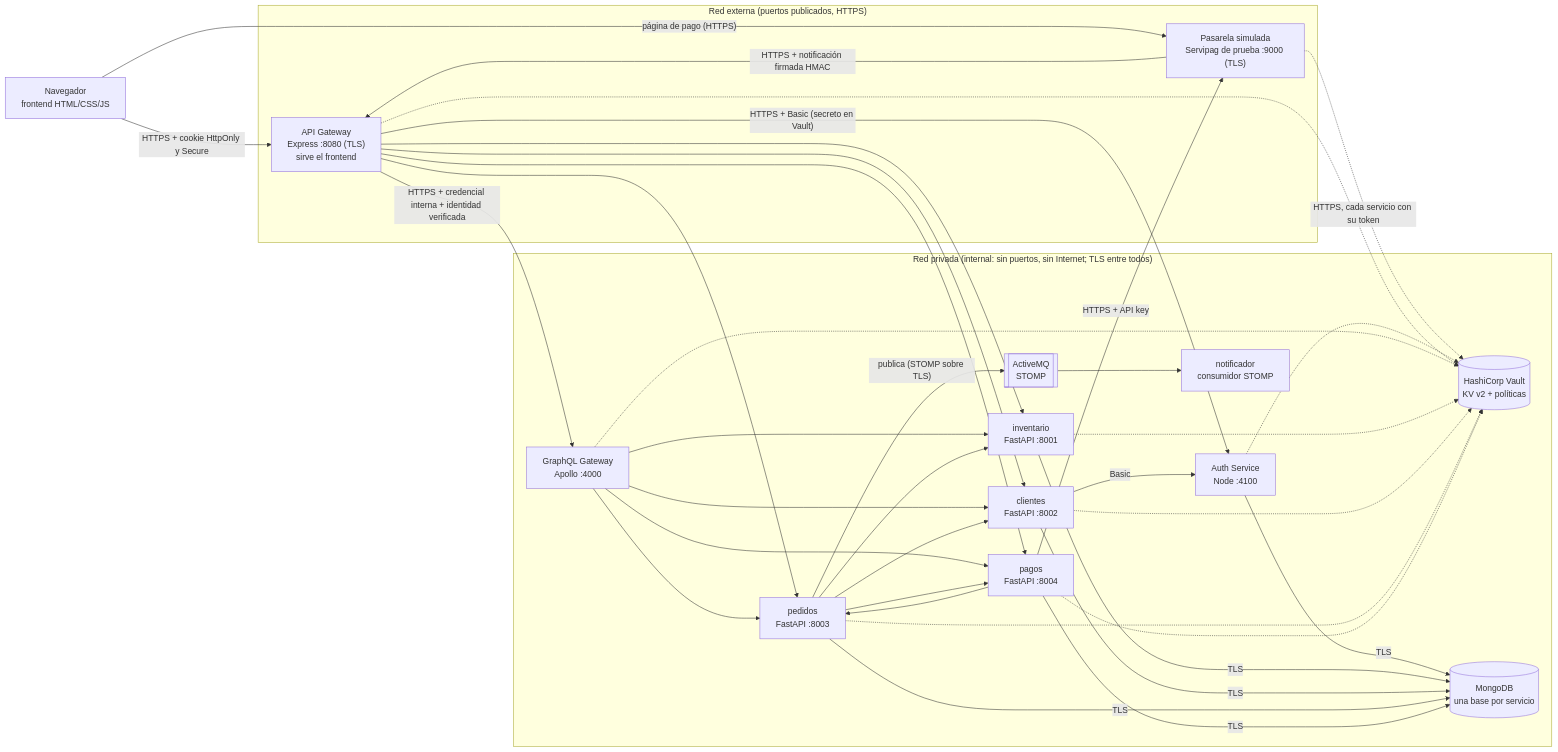
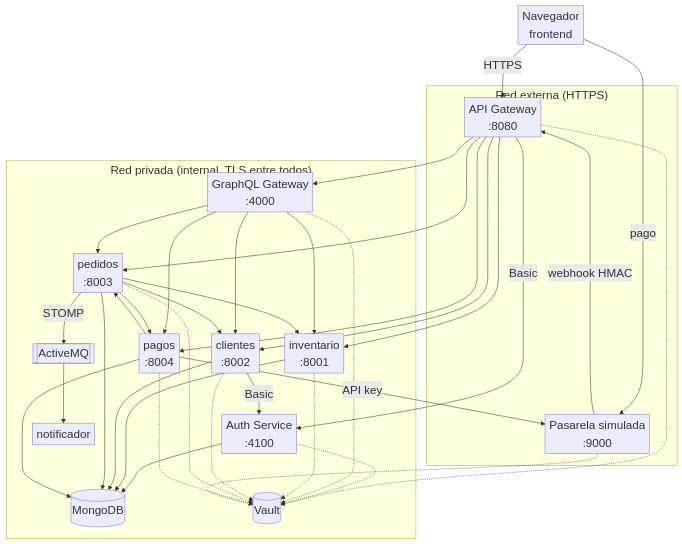
The diagram in docs/diagramas/componentes.mmd (kemunozcastillo/DesarrolloWeb_KevinMunoz), drawn with Mermaid before and after one commit. The commit also changed 7 other files, not shown here.

First line of the commit message:
Informe: anexo con un ejemplo por contrato, diagramas legibles y ajustes

```diff
--- a/docs/diagramas/componentes.mmd
+++ b/docs/diagramas/componentes.mmd
@@ -1,33 +1,33 @@
-flowchart LR
-  nav["Navegador<br/>frontend HTML/CSS/JS"]
-  subgraph externa["Red externa (puertos publicados, HTTPS)"]
-    gw["API Gateway<br/>Express :8080 (TLS)<br/>sirve el frontend"]
-    pas["Pasarela simulada<br/>Servipag de prueba :9000 (TLS)"]
+%%{init: {"flowchart": {"nodeSpacing": 18, "rankSpacing": 45, "padding": 4}, "themeVariables": {"fontSize": "22px"}}}%%
+flowchart TB
+  nav["Navegador<br/>frontend"]
+  subgraph externa["Red externa (HTTPS)"]
+    gw["API Gateway<br/>:8080"]
+    pas["Pasarela simulada<br/>:9000"]
   end
-  subgraph privada["Red privada (internal: sin puertos, sin Internet; TLS entre todos)"]
-    auth["Auth Service<br/>Node :4100"]
-    gql["GraphQL Gateway<br/>Apollo :4000"]
-    inv["inventario<br/>FastAPI :8001"]
-    cli["clientes<br/>FastAPI :8002"]
-    ped["pedidos<br/>FastAPI :8003"]
-    pag["pagos<br/>FastAPI :8004"]
-    vault[("HashiCorp Vault<br/>KV v2 + políticas")]
-    mongo[("MongoDB<br/>una base por servicio")]
-    mq[["ActiveMQ<br/>STOMP"]]
-    notif["notificador<br/>consumidor STOMP"]
+  subgraph privada["Red privada (internal, TLS entre todos)"]
+    auth["Auth Service<br/>:4100"]
+    gql["GraphQL Gateway<br/>:4000"]
+    inv["inventario<br/>:8001"]
+    cli["clientes<br/>:8002"]
+    ped["pedidos<br/>:8003"]
+    pag["pagos<br/>:8004"]
+    mq[["ActiveMQ"]]
+    notif["notificador"]
+    mongo[("MongoDB")]
+    vault[("Vault")]
   end
-  nav -- "HTTPS + cookie HttpOnly y Secure" --> gw
-  nav -- "página de pago (HTTPS)" --> pas
-  pas -- "HTTPS + notificación firmada HMAC" --> gw
-  gw -- "HTTPS + Basic (secreto en Vault)" --> auth
-  gw -- "HTTPS + credencial interna + identidad verificada" --> gql
+  nav -- "HTTPS" --> gw
+  nav -- "pago" --> pas
+  pas -- "webhook HMAC" --> gw
+  gw -- "Basic" --> auth
+  gw --> gql
   gw --> inv & cli & ped & pag
   gql --> ped & pag & inv & cli
-  cli -- Basic --> auth
+  cli -- "Basic" --> auth
   ped --> inv & cli & pag
   pag --> ped
-  pag -- "HTTPS + API key" --> pas
-  ped -- "publica (STOMP sobre TLS)" --> mq --> notif
-  auth & inv & cli & ped & pag -- "TLS" --> mongo
-  pas -. "HTTPS, cada servicio con su token" .-> vault
-  gw & auth & gql & inv & cli & ped & pag -.-> vault
+  pag -- "API key" --> pas
+  ped -- "STOMP" --> mq --> notif
+  auth & inv & cli & ped & pag --> mongo
+  gw & auth & gql & inv & cli & ped & pag & pas -.-> vault
```
